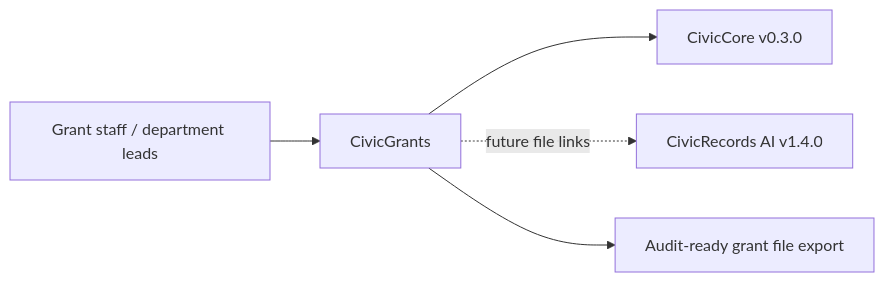
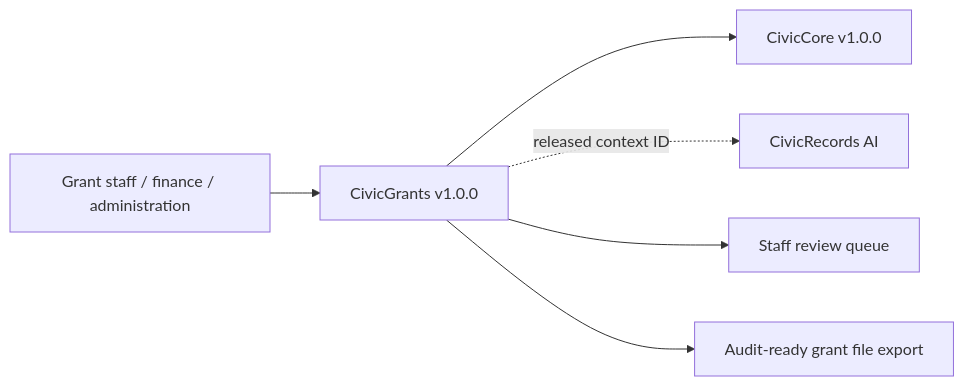
The diagram in USER-MANUAL.md (CivicSuite/civicgrants), drawn with Mermaid before and after one commit. The commit also changed other lines of this file and 33 other files, not shown here.

Commit message:
feat: productize CivicGrants v1 (#5)

````diff
--- a/USER-MANUAL.md
+++ b/USER-MANUAL.md
@@ -35,7 +45,8 @@
 ```mermaid
 flowchart LR
-  Staff["Grant staff / department leads"] --> CivicGrants["CivicGrants"]
-  CivicGrants --> CivicCore["CivicCore v0.3.0"]
-  CivicGrants -. future file links .-> CivicRecords["CivicRecords AI v1.4.0"]
+  Staff["Grant staff / finance / administration"] --> CivicGrants["CivicGrants v1.0.0"]
+  CivicGrants --> CivicCore["CivicCore v1.0.0"]
+  CivicGrants -. released context ID .-> CivicRecords["CivicRecords AI"]
+  CivicGrants --> Queue["Staff review queue"]
   CivicGrants --> Export["Audit-ready grant file export"]
 ```
````
